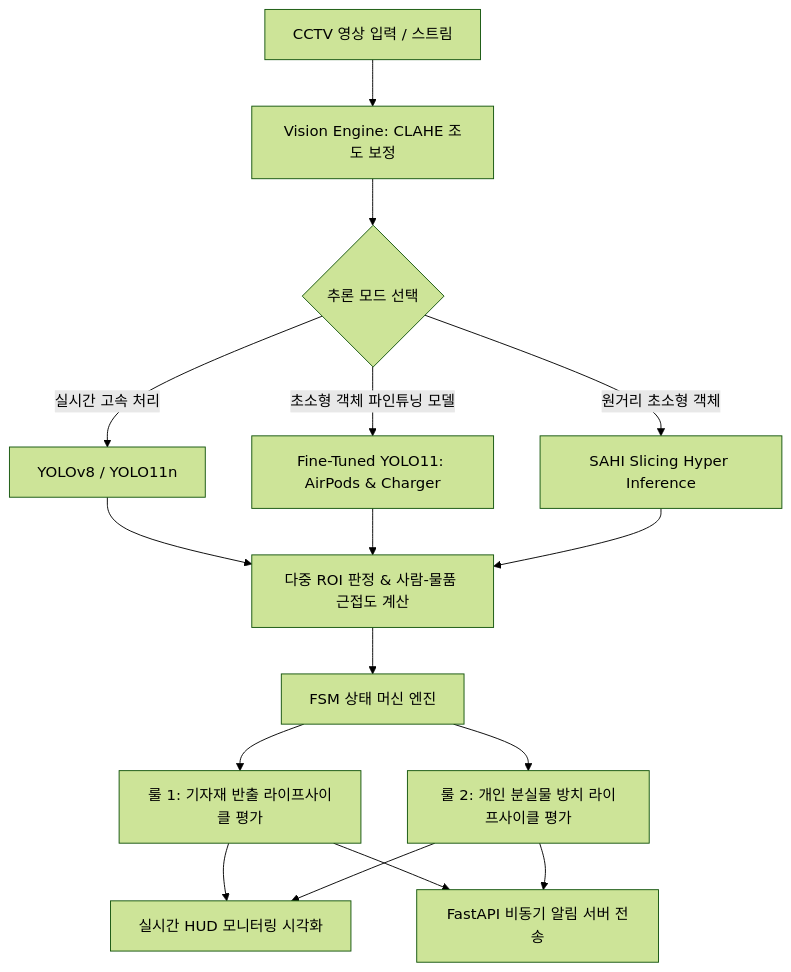
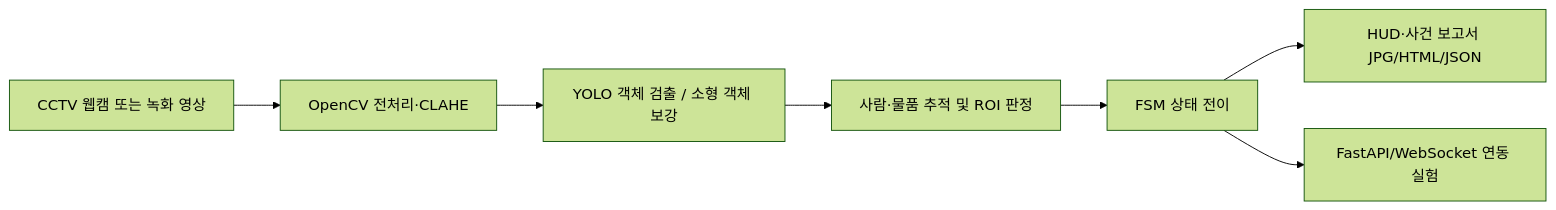
Before and after one commit to hyeonje3402/Object-Recognition-Vision: the diagram in README.md, drawn with Mermaid (forest theme). The commit also changed other lines of this file and 3 other files, not shown here.

````diff
--- a/README.md
+++ b/README.md
@@ -36,18 +18,9 @@
-```mermaid
-flowchart TD
-    A[CCTV 영상 입력 / 스트림] --> B[Vision Engine: CLAHE 조도 보정]
-    B --> C{추론 모드 선택}
-    C -->|실시간 고속 처리| D[YOLOv8 / YOLO11n]
-    C -->|초소형 객체 파인튜닝 모델| E[Fine-Tuned YOLO11: AirPods & Charger]
-    C -->|원거리 초소형 객체| F[SAHI Slicing Hyper Inference]
-    D --> G[다중 ROI 판정 & 사람-물품 근접도 계산]
-    E --> G
-    F --> G
-    G --> H[FSM 상태 머신 엔진]
-    H --> I[룰 1: 기자재 반출 라이프사이클 평가]
-    H --> J[룰 2: 개인 분실물 방치 라이프사이클 평가]
-    I --> K[실시간 HUD 모니터링 시각화]
-    J --> K
-    I --> L[FastAPI 비동기 알림 서버 전송]
-    J --> L
-```
+~~~mermaid
+flowchart LR
+    A[CCTV 웹캠 또는 녹화 영상] --> B[OpenCV 전처리·CLAHE]
+    B --> C[YOLO 객체 검출 / 소형 객체 보강]
+    C --> D[사람·물품 추적 및 ROI 판정]
+    D --> E[FSM 상태 전이]
+    E --> F[HUD·사건 보고서 JPG/HTML/JSON]
+    E --> G[FastAPI/WebSocket 연동 실험]
+~~~
````
